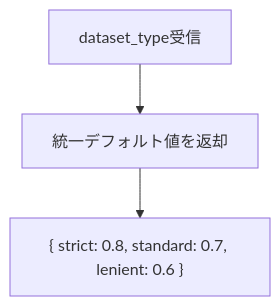
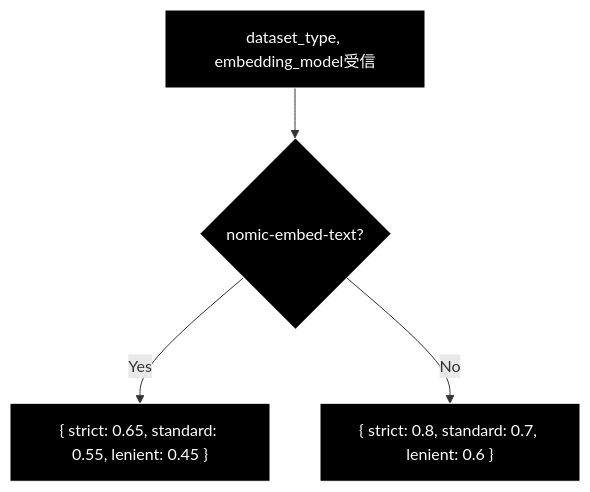
Before and after one commit to nakashima2toshio/ollama_grace_agent_v2: the second of 6 diagrams in qa_generation/doc/evaluation.md, drawn with Mermaid. The commit also changed other lines of this file and 7 other files, not shown here.

````diff
--- a/qa_generation/doc/evaluation.md
+++ b/qa_generation/doc/evaluation.md
@@ -134,5 +140,9 @@
 ```mermaid
 flowchart TD
-    A[dataset_type受信] --> B[統一デフォルト値を返却]
-    B --> C["{ strict: 0.8, standard: 0.7, lenient: 0.6 }"]
+    A[dataset_type, embedding_model受信] --> B{nomic-embed-text?}
+    B -->|Yes| C["{ strict: 0.65, standard: 0.55, lenient: 0.45 }"]
+    B -->|No| D["{ strict: 0.8, standard: 0.7, lenient: 0.6 }"]
+classDef default fill:#000,stroke:#fff,color:#fff
+classDef subgraphStyle fill:#1a1a1a,stroke:#fff,color:#fff
+class A,B,C,D default
 ```
````
